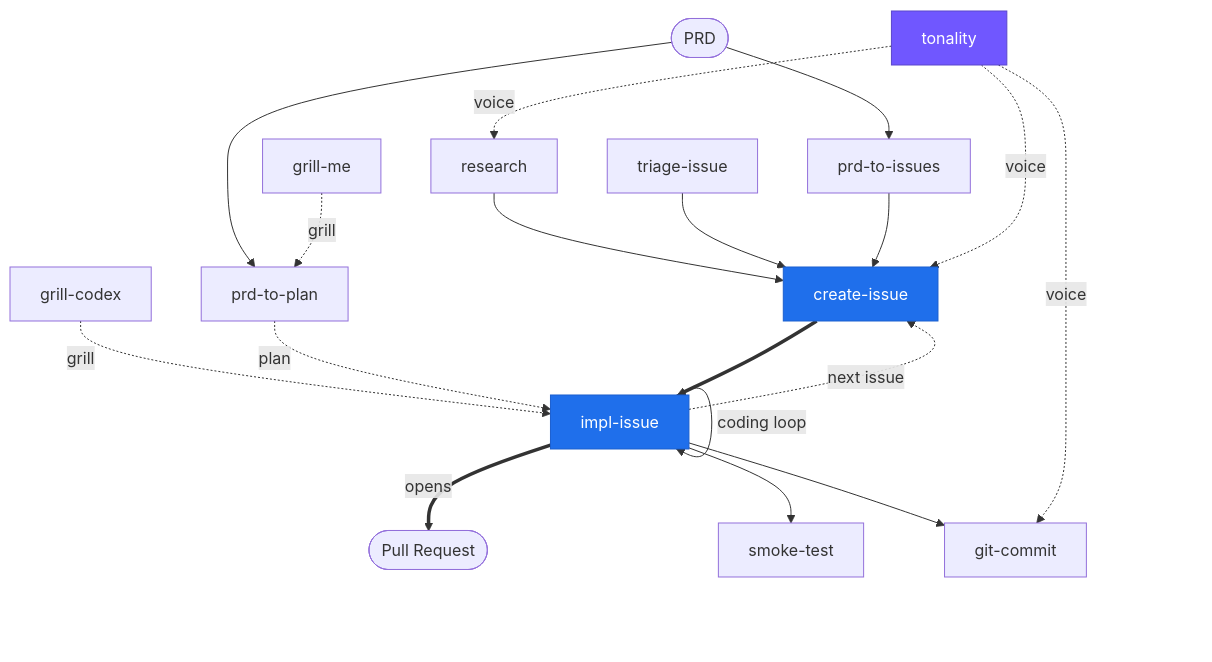
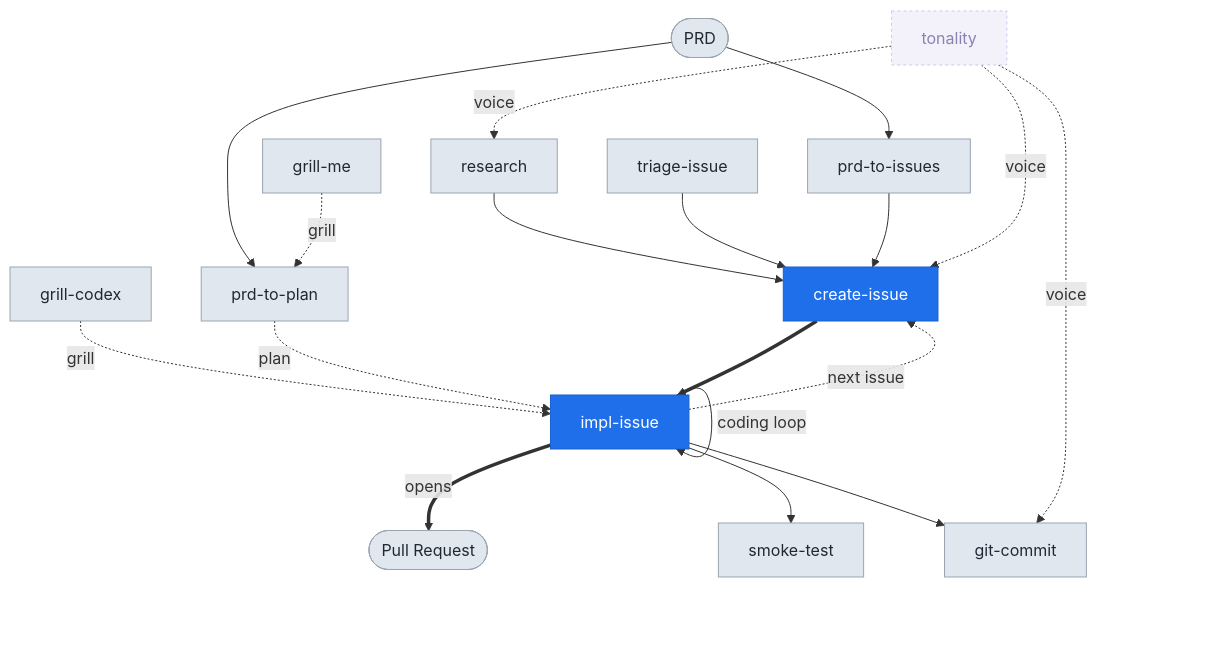
Before and after one commit to craigtrim/skills: the diagram in README.md, drawn with Mermaid.

Commit message:
docs: mute tonality node, unify other node colors in graph

````diff
--- a/README.md
+++ b/README.md
@@ -13,27 +13,29 @@
 ```mermaid
 flowchart TD
     PRD([PRD]) --> P2I[prd-to-issues]
     PRD --> P2P[prd-to-plan]
     RES[research] --> CI[create-issue]
     TRI[triage-issue] --> CI
     P2I --> CI
 
     GM[grill-me] -.grill.-> P2P
     GC[grill-codex] -.grill.-> II
 
     P2P -.plan.-> II[impl-issue]
     CI ==> II
     II ==>|opens| PR([Pull Request])
     II -.next issue.-> CI
     II -->|coding loop| II
     II --> ST[smoke-test]
     II --> GIT[git-commit]
 
     TON[tonality]:::voice -.voice.-> CI
     TON -.voice.-> RES
     TON -.voice.-> GIT
 
-    classDef voice fill:#7057FF,color:#fff,stroke:#5a46cc;
     classDef core fill:#1f6feb,color:#fff,stroke:#1b5fcf;
+    classDef other fill:#e1e7ef,color:#1f2933,stroke:#9aa5b1;
+    classDef voice fill:#f3f1fa,color:#8a82b3,stroke:#cfc7ef,stroke-dasharray:3 3;
     class CI,II core;
+    class PRD,P2I,P2P,RES,TRI,GM,GC,PR,ST,GIT other;
 ```
````
